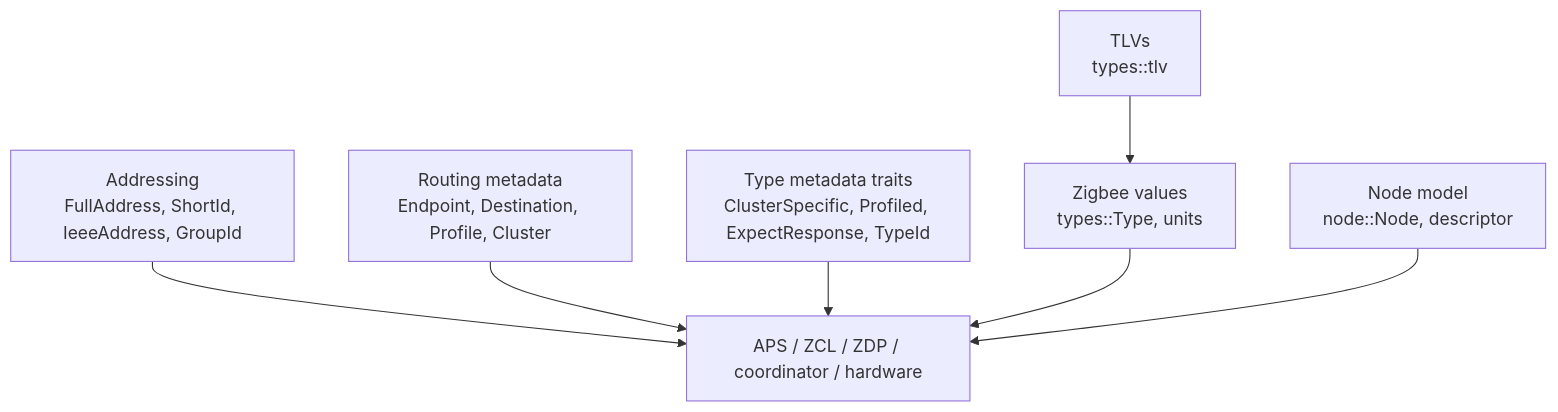
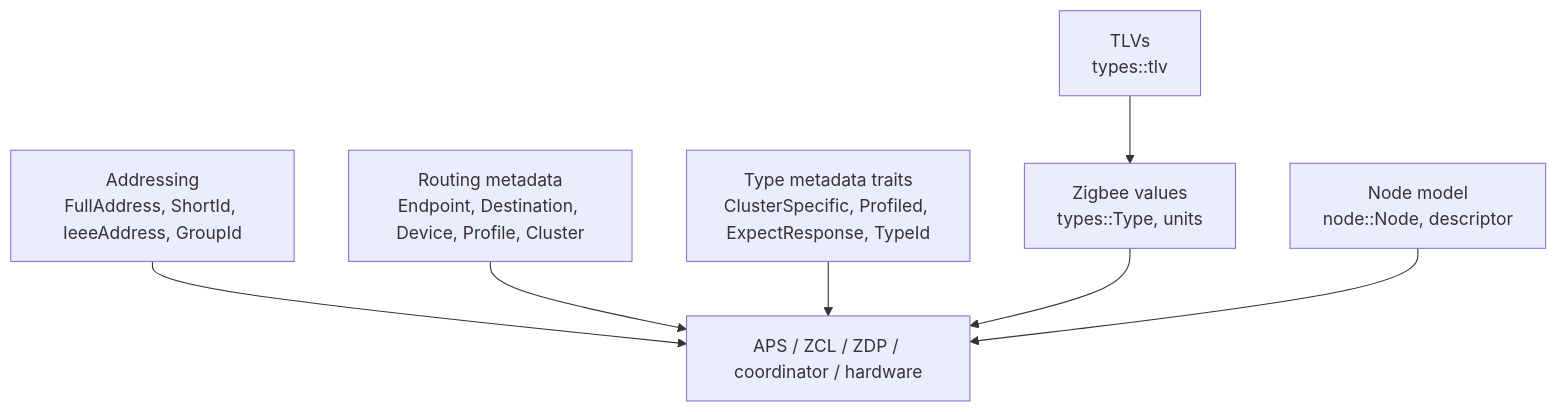
One commit to PaulmannLighting/apis-saltans changed the first of 2 diagrams in core/ARCHITECTURE.md. Above: the diagram before and after it, drawn with Mermaid. The commit also changed other lines of this file and 3 other files, not shown here.

````diff
--- a/core/ARCHITECTURE.md
+++ b/core/ARCHITECTURE.md
@@ -11,17 +11,17 @@
 ```mermaid
 flowchart TD
     Addressing["Addressing<br/>FullAddress, ShortId, IeeeAddress, GroupId"]
-    Routing["Routing metadata<br/>Endpoint, Destination, Profile, Cluster"]
+    Routing["Routing metadata<br/>Endpoint, Destination, Device, Profile, Cluster"]
     Traits["Type metadata traits<br/>ClusterSpecific, Profiled, ExpectResponse, TypeId"]
     Values["Zigbee values<br/>types::Type, units"]
     Tlv["TLVs<br/>types::tlv"]
     Node["Node model<br/>node::Node, descriptor"]
     Protocols["APS / ZCL / ZDP / coordinator / hardware"]
 
     Addressing --> Protocols
     Routing --> Protocols
     Traits --> Protocols
     Values --> Protocols
     Tlv --> Values
     Node --> Protocols
 ```
````
